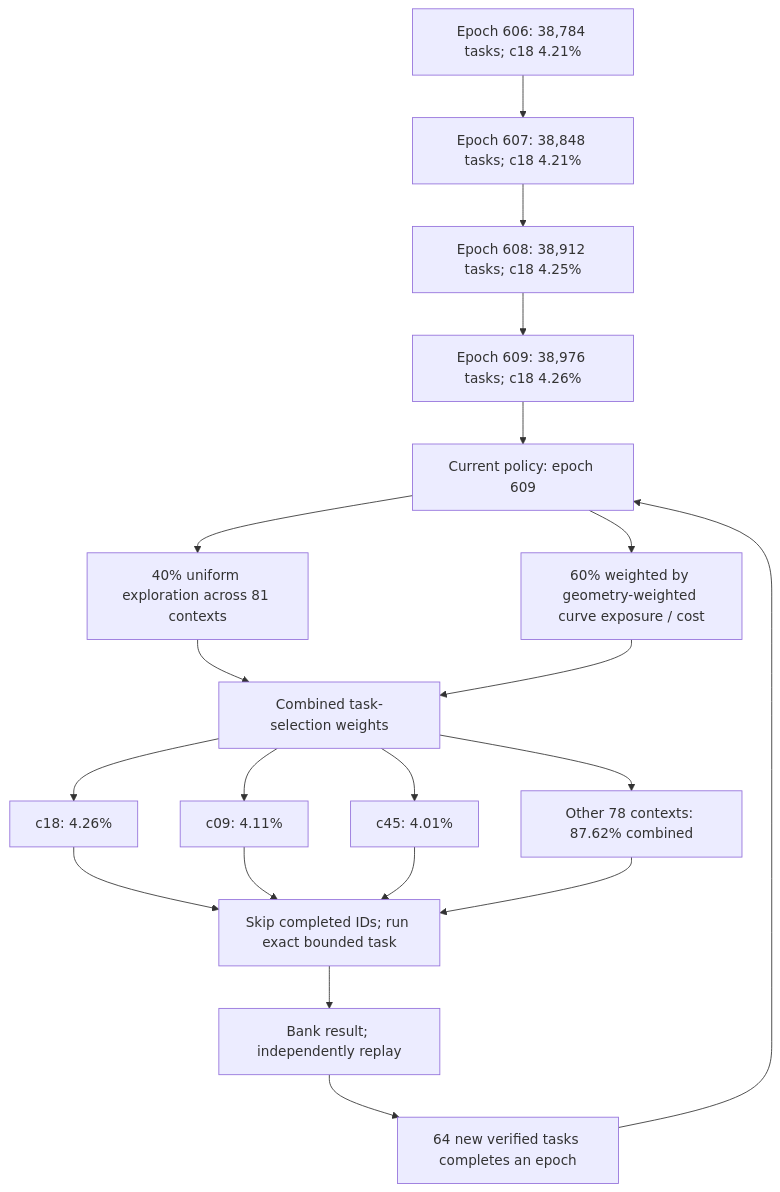
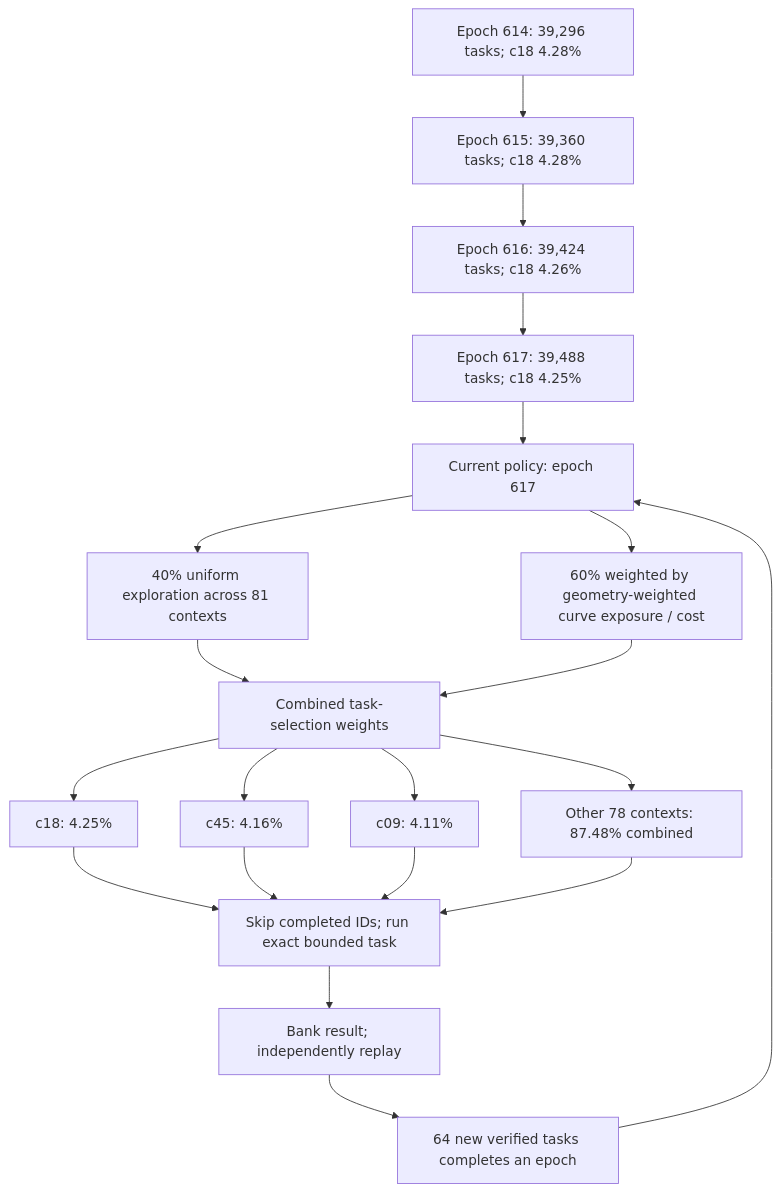
Before and after one commit to Kuberwastaken/math-gambling: the first of 3 diagrams in README.md, drawn with Mermaid. The commit also changed other lines of this file and 1131 other files, not shown here.

````diff
--- a/README.md
+++ b/README.md
@@ -55,27 +55,27 @@
 ```mermaid
 flowchart TD
-    H0["Epoch 606: 38,784 tasks; c18 4.21%"]
-    H1["Epoch 607: 38,848 tasks; c18 4.21%"]
+    H0["Epoch 614: 39,296 tasks; c18 4.28%"]
+    H1["Epoch 615: 39,360 tasks; c18 4.28%"]
     H0 --> H1
-    H2["Epoch 608: 38,912 tasks; c18 4.25%"]
+    H2["Epoch 616: 39,424 tasks; c18 4.26%"]
     H1 --> H2
-    H3["Epoch 609: 38,976 tasks; c18 4.26%"]
+    H3["Epoch 617: 39,488 tasks; c18 4.25%"]
     H2 --> H3
-    Policy["Current policy: epoch 609"]
+    Policy["Current policy: epoch 617"]
     H3 --> Policy
     Policy --> Explore["40% uniform exploration across 81 contexts"]
     Policy --> Cost["60% weighted by geometry-weighted curve exposure / cost"]
     Explore --> Mix["Combined task-selection weights"]
     Cost --> Mix
-    Mix --> C0["c18: 4.26%"]
-    Mix --> C1["c09: 4.11%"]
-    Mix --> C2["c45: 4.01%"]
-    Mix --> Rest["Other 78 contexts: 87.62% combined"]
+    Mix --> C0["c18: 4.25%"]
+    Mix --> C1["c45: 4.16%"]
+    Mix --> C2["c09: 4.11%"]
+    Mix --> Rest["Other 78 contexts: 87.48% combined"]
     C0 --> Check["Skip completed IDs; run exact bounded task"]
     C1 --> Check
     C2 --> Check
     Rest --> Check
     Check --> Replay["Bank result; independently replay"]
     Replay --> Gate["64 new verified tasks completes an epoch"]
     Gate --> Policy
 ```
````
